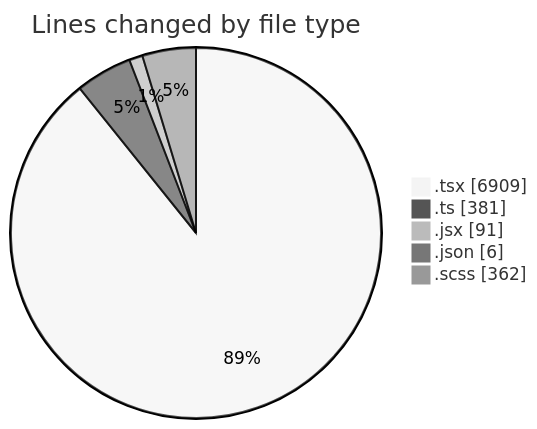
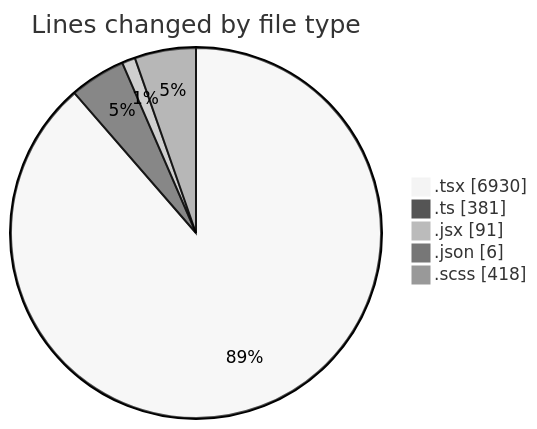
Before and after one commit to momahboobian/code-tracking: the first of 2 diagrams in 2026-04-27/cda/README.md, drawn with Mermaid (neutral theme). The commit also changed other lines of this file and 1 other file, not shown here.

````diff
--- a/2026-04-27/cda/README.md
+++ b/2026-04-27/cda/README.md
@@ -44,9 +45,9 @@
 ```mermaid
 pie showData
 title Lines changed by file type
-".tsx" : 6909
+".tsx" : 6930
 ".ts" : 381
 ".jsx" : 91
 ".json" : 6
-".scss" : 362
+".scss" : 418
 ```
````
